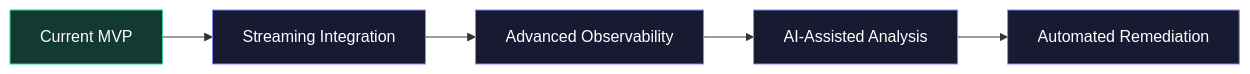
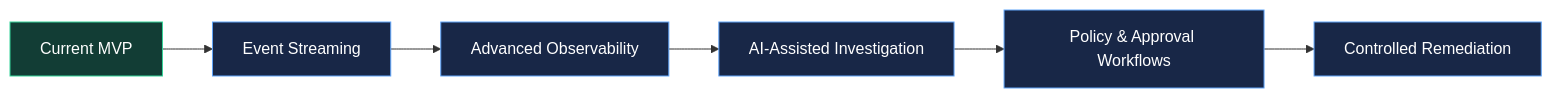
The fifth of 5 diagrams in README.md (akankshad1712/opspilot-ai), drawn with Mermaid before and after one commit. The commit also changed other lines of this file, not shown here.

````diff
--- a/README.md
+++ b/README.md
@@ -563,13 +855,14 @@
 ```mermaid
 flowchart LR
-    A["Current MVP"] --> B["Streaming Integration"]
+    A["Current MVP"] --> B["Event Streaming"]
     B --> C["Advanced Observability"]
-    C --> D["AI-Assisted Analysis"]
-    D --> E["Automated Remediation"]
+    C --> D["AI-Assisted Investigation"]
+    D --> E["Policy & Approval Workflows"]
+    E --> F["Controlled Remediation"]
 
-    classDef current fill:#123A32,stroke:#34D399,color:#FFFFFF
-    classDef future fill:#171A30,stroke:#818CF8,color:#FFFFFF
+    classDef current fill:#123D35,stroke:#34D399,color:#FFFFFF
+    classDef planned fill:#182747,stroke:#60A5FA,color:#FFFFFF
 
     class A current
-    class B,C,D,E future
+    class B,C,D,E,F planned
 ```
````
